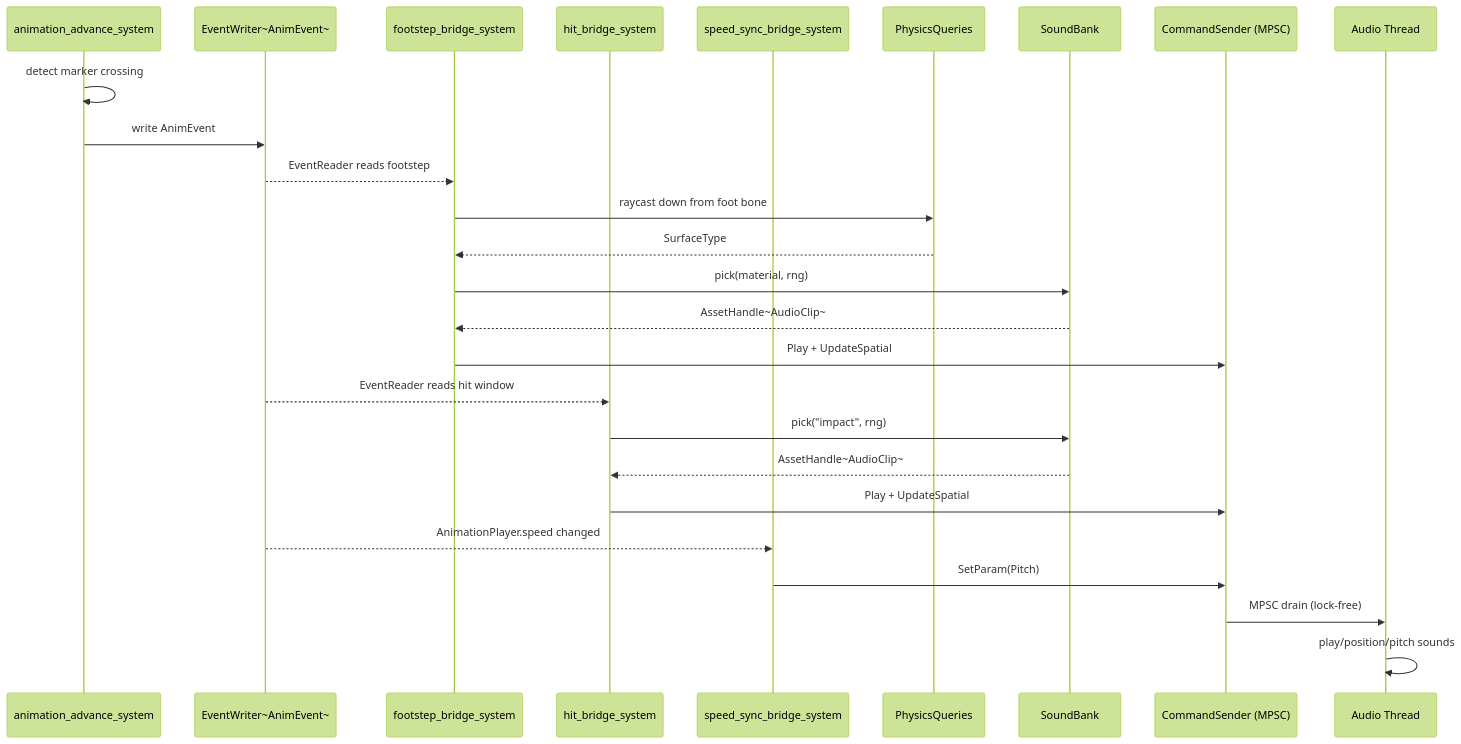
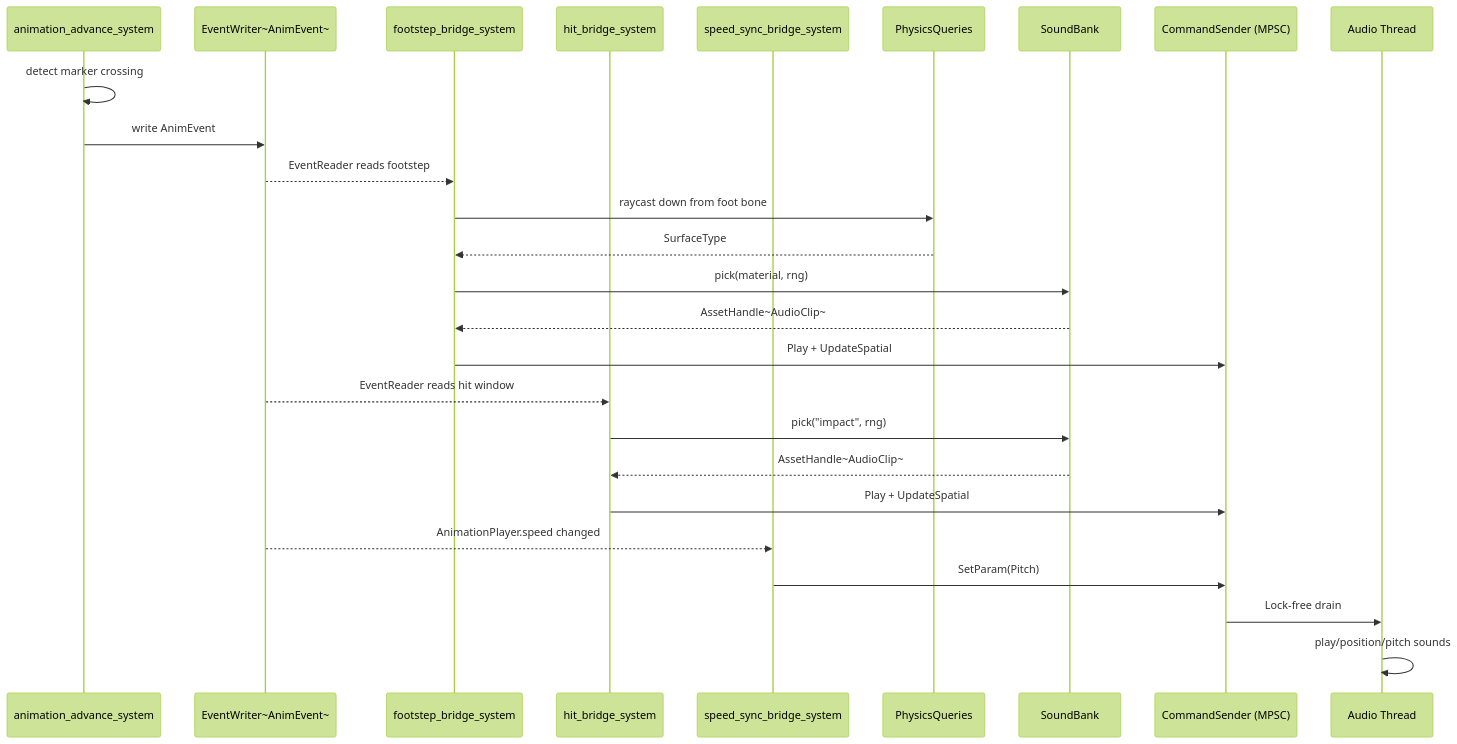
One commit to harmonius-dev/harmonius changed the second of 2 diagrams in docs/design/integration/animation-audio.md. Above: the diagram before and after it, drawn with Mermaid (forest theme). The commit also changed other lines of this file and 109 other files, not shown here.

````diff
--- a/docs/design/integration/animation-audio.md
+++ b/docs/design/integration/animation-audio.md
@@ -319,32 +378,32 @@
 ```mermaid
 sequenceDiagram
     participant Sys as animation_advance_system
     participant EW as EventWriter~AnimEvent~
     participant FB as footstep_bridge_system
     participant HB as hit_bridge_system
     participant SB as speed_sync_bridge_system
     participant Phys as PhysicsQueries
     participant Bank as SoundBank
     participant Cmd as CommandSender (MPSC)
     participant AT as Audio Thread
 
     Sys->>Sys: detect marker crossing
     Sys->>EW: write AnimEvent
     EW-->>FB: EventReader reads footstep
     FB->>Phys: raycast down from foot bone
     Phys-->>FB: SurfaceType
     FB->>Bank: pick(material, rng)
     Bank-->>FB: AssetHandle~AudioClip~
     FB->>Cmd: Play + UpdateSpatial
 
     EW-->>HB: EventReader reads hit window
     HB->>Bank: pick("impact", rng)
     Bank-->>HB: AssetHandle~AudioClip~
     HB->>Cmd: Play + UpdateSpatial
 
     EW-->>SB: AnimationPlayer.speed changed
     SB->>Cmd: SetParam(Pitch)
 
-    Cmd->>AT: MPSC drain (lock-free)
+    Cmd->>AT: Lock-free drain
     AT->>AT: play/position/pitch sounds
 ```
````
